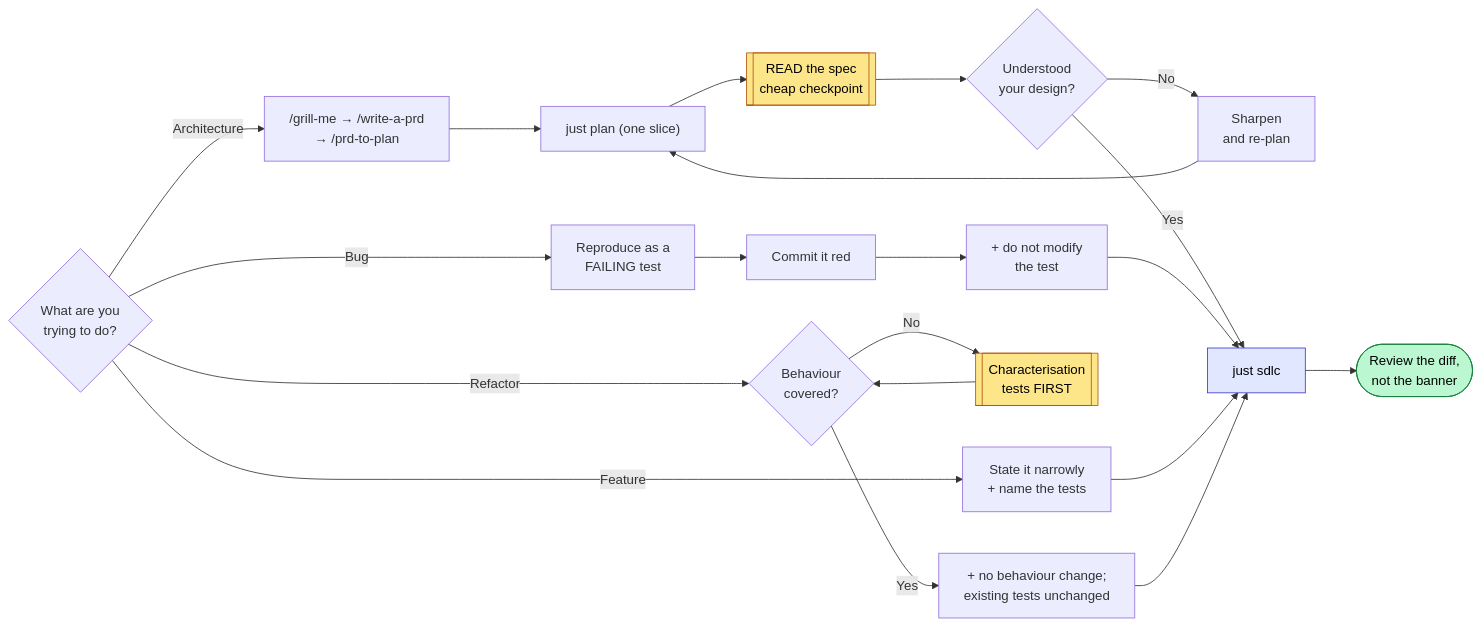
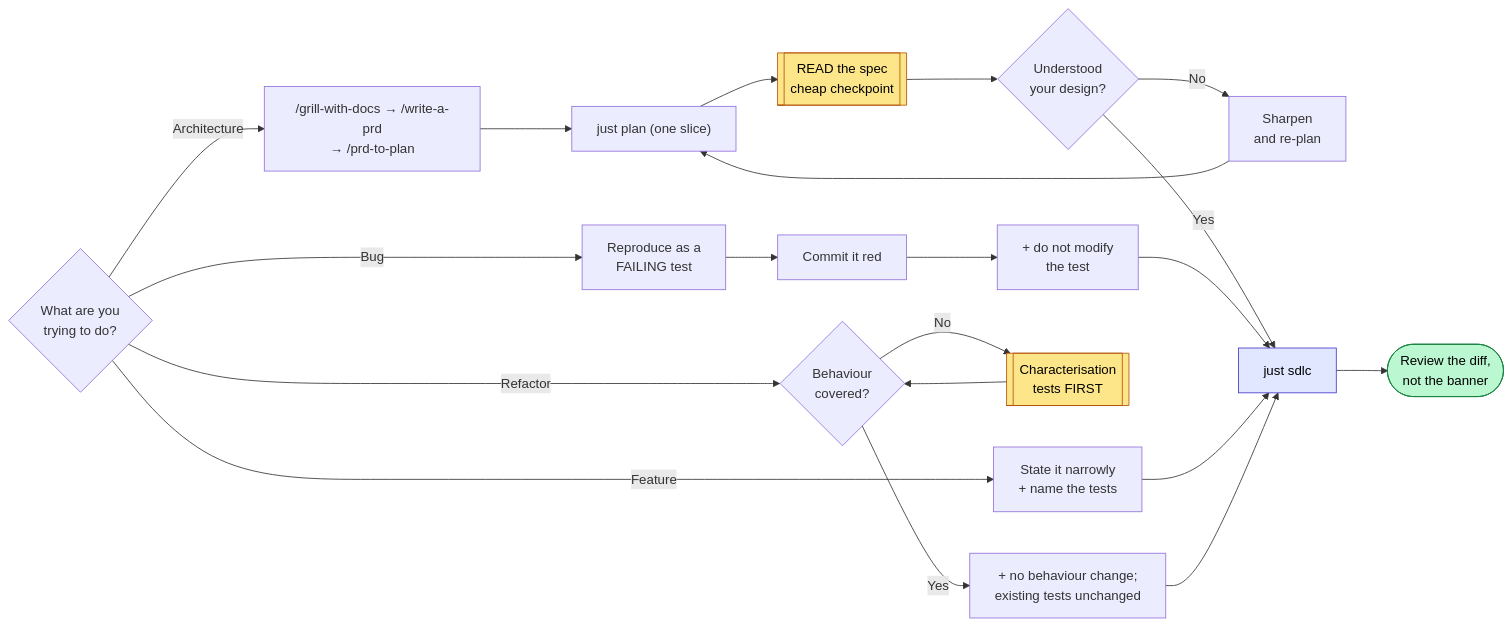
One commit to joystick/super-simple-software-factory changed the third of 6 diagrams in docs/playbook-adopting-sssf.md. Above: the diagram before and after it, drawn with Mermaid. The commit also changed other lines of this file and 1 other file, not shown here.

First line of the commit message:
Standardize on /grill-with-docs, retire /grill-me from the playbook

````diff
--- a/docs/playbook-adopting-sssf.md
+++ b/docs/playbook-adopting-sssf.md
@@ -157,26 +158,26 @@
 ```mermaid
 flowchart LR
     Job{What are you<br/>trying to do?}
 
-    Job -->|Architecture| A1["/grill-me → /write-a-prd<br/>→ /prd-to-plan"]
+    Job -->|Architecture| A1["/grill-with-docs → /write-a-prd<br/>→ /prd-to-plan"]
     A1 --> A2["just plan (one slice)"]
     A2 --> A3[["READ the spec<br/>cheap checkpoint"]]
     A3 --> A4{Understood<br/>your design?}
     A4 -->|No| A5[Sharpen<br/>and re-plan] --> A2
     A4 -->|Yes| Run
 
     Job -->|Bug| B1[Reproduce as a<br/>FAILING test] --> B2[Commit it red] --> B3["+ do not modify<br/>the test"] --> Run
 
     Job -->|Feature| C1[State it narrowly<br/>+ name the tests] --> Run
 
     Job -->|Refactor| D1{Behaviour<br/>covered?}
     D1 -->|No| D2[["Characterisation<br/>tests FIRST"]] --> D1
     D1 -->|Yes| D3["+ no behaviour change;<br/>existing tests unchanged"] --> Run
 
     Run["just sdlc"] --> Rev([Review the diff,<br/>not the banner])
 
     style A3 fill:#fde68a,stroke:#b45309,color:#000
     style D2 fill:#fde68a,stroke:#b45309,color:#000
     style Run fill:#e0e7ff,stroke:#4338ca,color:#000
     style Rev fill:#bbf7d0,stroke:#15803d,color:#000
 ```
````
